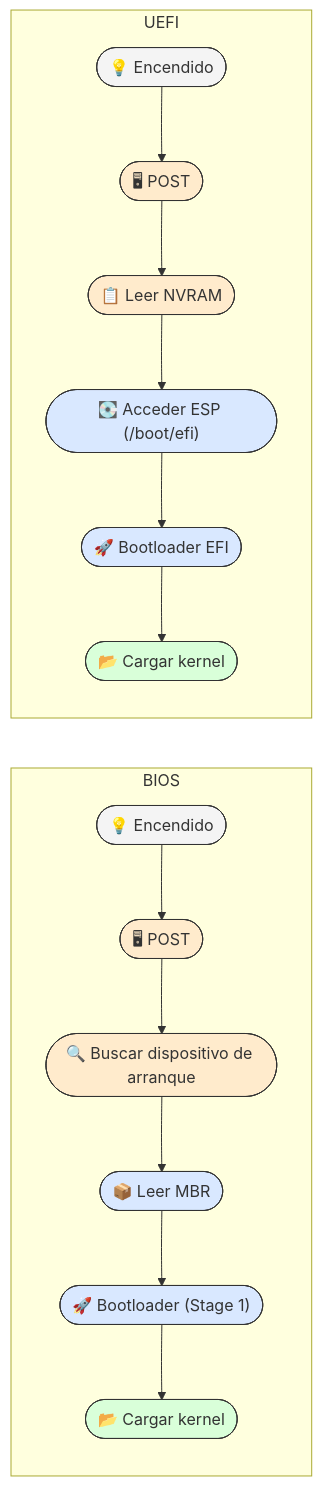
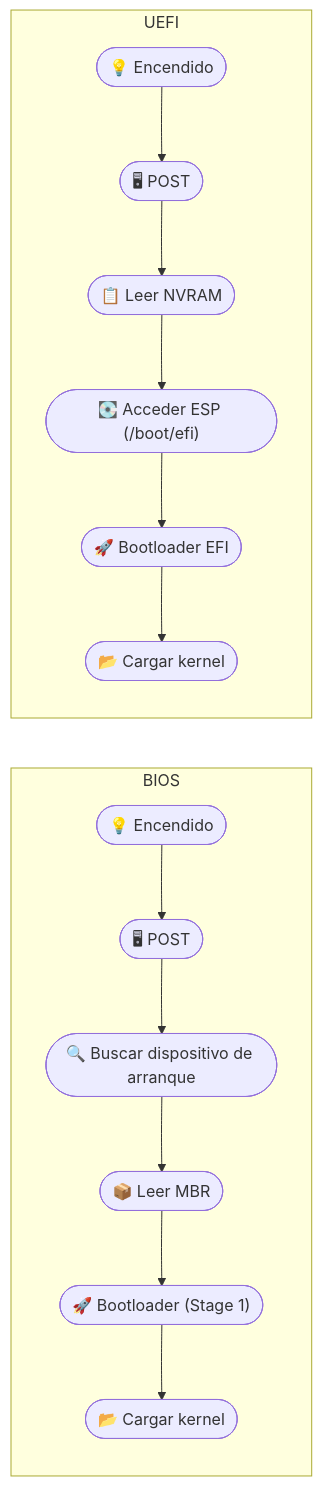
One commit to GualaDRAKE/LFS4Students-ES changed the third of 3 diagrams in Anexos_LFS4Students-ES/Bios_boot-UEFI.md. Above: the diagram before and after it, drawn with Mermaid. The commit also changed other lines of this file, not shown here.

````diff
--- a/Anexos_LFS4Students-ES/Bios_boot-UEFI.md
+++ b/Anexos_LFS4Students-ES/Bios_boot-UEFI.md
@@ -355,32 +345,18 @@
 ```mermaid
 flowchart LR
     subgraph BIOS
         A1(["💡 Encendido"]) --> B1(["🖥 POST"])
         B1 --> C1(["🔍 Buscar dispositivo de arranque"])
         C1 --> D1(["📦 Leer MBR"])
         D1 --> E1(["🚀 Bootloader (Stage 1)"])
         E1 --> F1(["📂 Cargar kernel"])
     end
 
     subgraph UEFI
         A2(["💡 Encendido"]) --> B2(["🖥 POST"])
         B2 --> C2(["📋 Leer NVRAM"])
         C2 --> D2(["💽 Acceder ESP (/boot/efi)"])
         D2 --> E2(["🚀 Bootloader EFI"])
         E2 --> F2(["📂 Cargar kernel"])
     end
-
-    style A1 fill:#f4f4f4,stroke:#333,stroke-width:1px
-    style B1 fill:#ffebcc,stroke:#333,stroke-width:1px
-    style C1 fill:#ffebcc,stroke:#333,stroke-width:1px
-    style D1 fill:#d9e8ff,stroke:#333,stroke-width:1px
-    style E1 fill:#d9e8ff,stroke:#333,stroke-width:1px
-    style F1 fill:#d9ffd9,stroke:#333,stroke-width:1px
-
-    style A2 fill:#f4f4f4,stroke:#333,stroke-width:1px
-    style B2 fill:#ffebcc,stroke:#333,stroke-width:1px
-    style C2 fill:#ffebcc,stroke:#333,stroke-width:1px
-    style D2 fill:#d9e8ff,stroke:#333,stroke-width:1px
-    style E2 fill:#d9e8ff,stroke:#333,stroke-width:1px
-    style F2 fill:#d9ffd9,stroke:#333,stroke-width:1px
 ```
````
